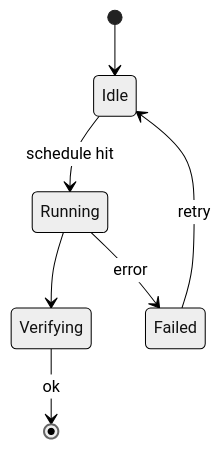
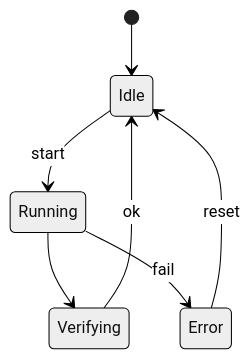
The fourth of 9 diagrams in 01-Concept/backup_concept.md (LieutenantJimmy/M143_PE24c_Homelab_Backup_Concept), drawn with Mermaid (neutral theme) before and after one commit. The commit also changed other lines of this file, not shown here.

````diff
--- a/01-Concept/backup_concept.md
+++ b/01-Concept/backup_concept.md
@@ -45,9 +49,9 @@
 ```mermaid
 stateDiagram-v2
   [*] --> Idle
-  Idle --> Running : schedule hit
+  Idle --> Running : start
   Running --> Verifying
-  Verifying --> [*] : ok
-  Running --> Failed : error
-  Failed --> Idle : retry
+  Verifying --> Idle : ok
+  Running --> Error : fail
+  Error --> Idle : reset
 ```
````
